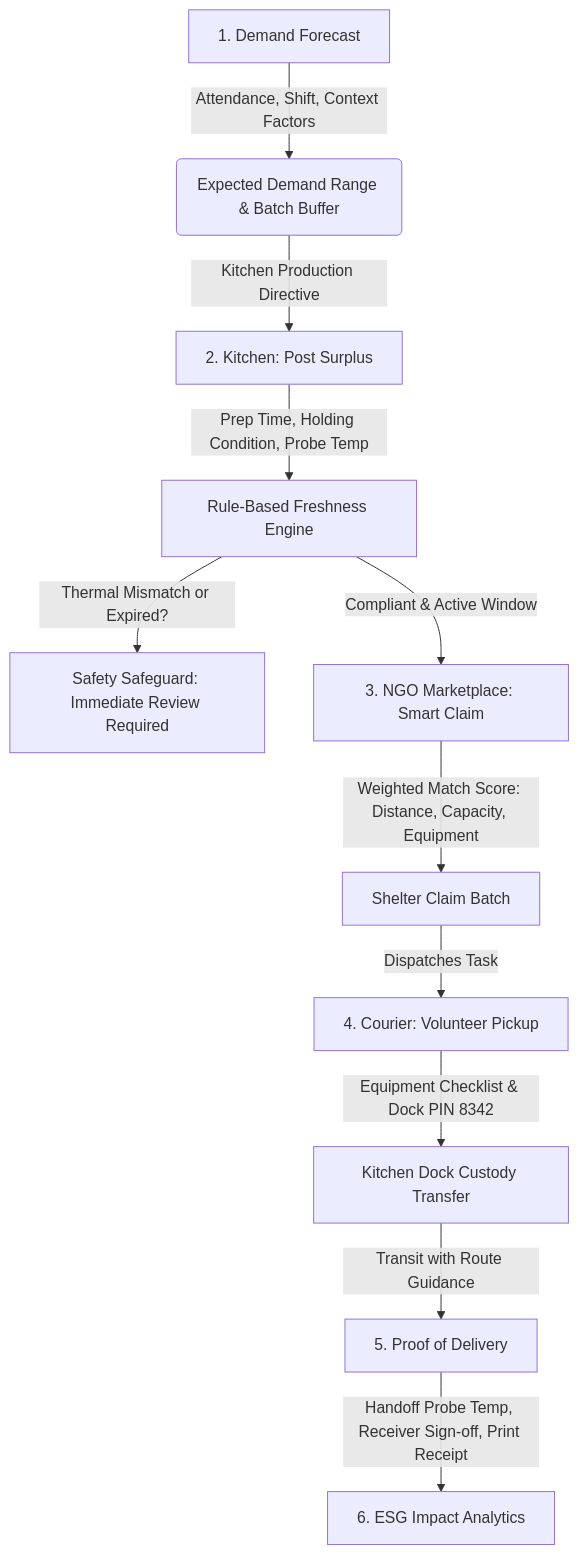
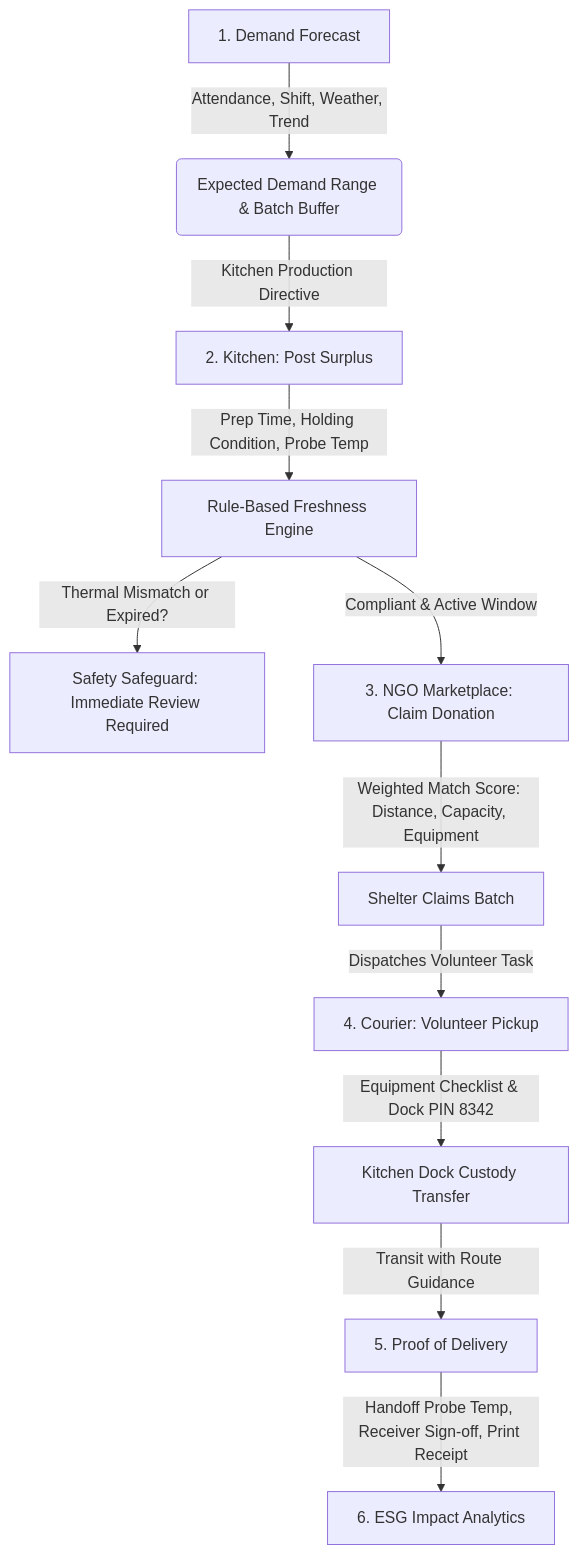
The diagram in README.md (v-abhiramreddy/NOURISH_RELIEF_SIH26), drawn with Mermaid before and after one commit. The commit also changed other lines of this file, not shown here.

Commit message:
docs(readme): comprehensive update to reflect current implementation — 76 tests, RBAC, Demo Mode, Platform Manager, role dashboards, forecast modal, freshness tooltips, dark mode, and updated terminology

````diff
--- a/README.md
+++ b/README.md
@@ -38,13 +33,13 @@
 ```mermaid
 graph TD
-    A[1. Demand Forecast] -->|Attendance, Shift, Context Factors| B(Expected Demand Range & Batch Buffer)
+    A[1. Demand Forecast] -->|Attendance, Shift, Weather, Trend| B(Expected Demand Range & Batch Buffer)
     B -->|Kitchen Production Directive| C[2. Kitchen: Post Surplus]
     C -->|Prep Time, Holding Condition, Probe Temp| D[Rule-Based Freshness Engine]
     D -->|Thermal Mismatch or Expired?| E[Safety Safeguard: Immediate Review Required]
-    D -->|Compliant & Active Window| F[3. NGO Marketplace: Smart Claim]
-    F -->|Weighted Match Score: Distance, Capacity, Equipment| G[Shelter Claim Batch]
-    G -->|Dispatches Task| H[4. Courier: Volunteer Pickup]
+    D -->|Compliant & Active Window| F[3. NGO Marketplace: Claim Donation]
+    F -->|Weighted Match Score: Distance, Capacity, Equipment| G[Shelter Claims Batch]
+    G -->|Dispatches Volunteer Task| H[4. Courier: Volunteer Pickup]
     H -->|Equipment Checklist & Dock PIN 8342| I[Kitchen Dock Custody Transfer]
     I -->|Transit with Route Guidance| J[5. Proof of Delivery]
     J -->|Handoff Probe Temp, Receiver Sign-off, Print Receipt| K[6. ESG Impact Analytics]
 ```
````
